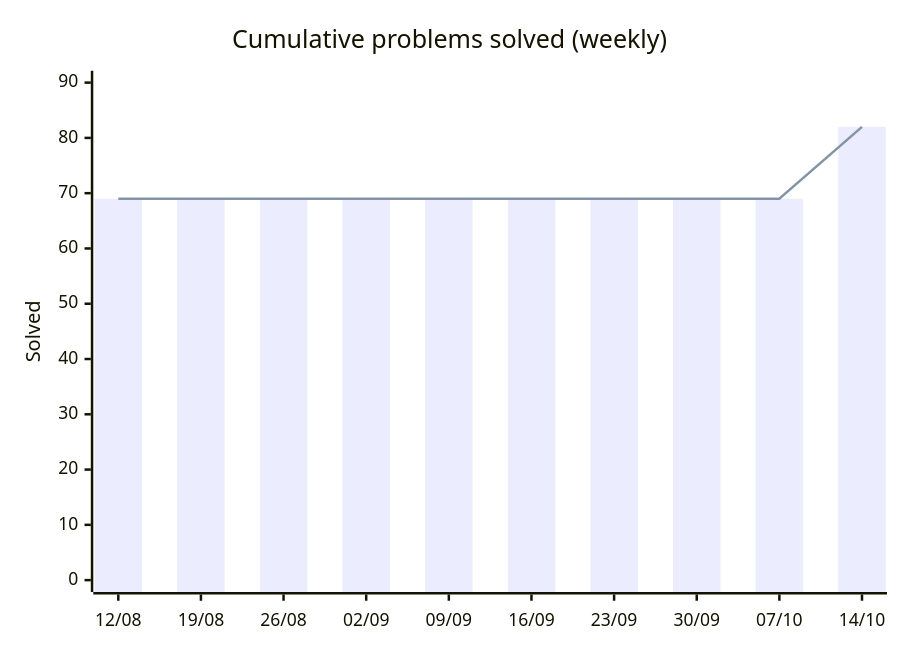
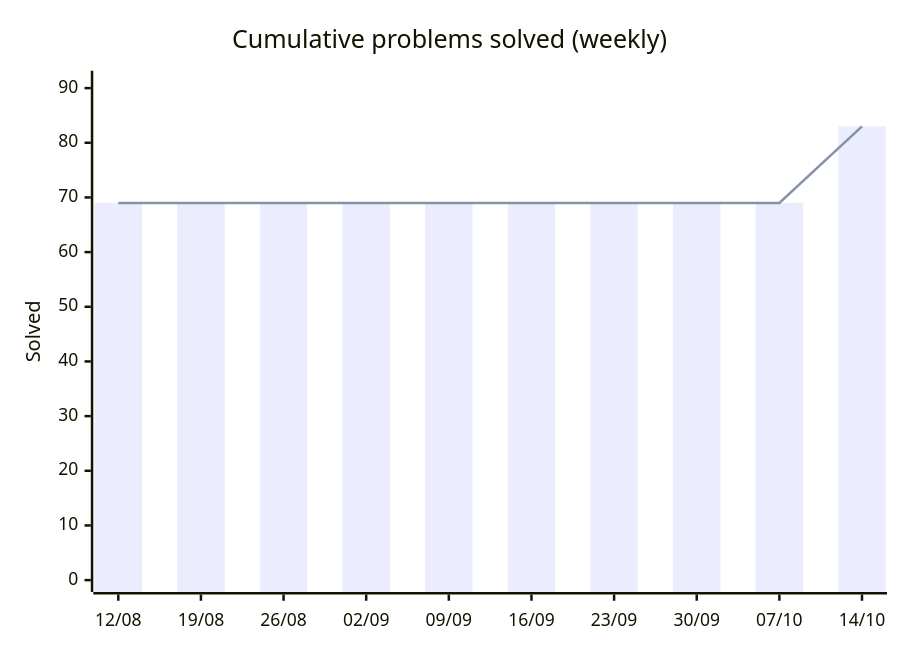
The first of 2 diagrams in README.md (HarryTrn/TensorTonic-Solutions), drawn with Mermaid before and after one commit. The commit also changed other lines of this file, not shown here.

````diff
--- a/README.md
+++ b/README.md
@@ -65,8 +65,8 @@
 ```mermaid
 xychart-beta
     title "Cumulative problems solved (weekly)"
     x-axis ["12/08", "19/08", "26/08", "02/09", "09/09", "16/09", "23/09", "30/09", "07/10", "14/10"]
-    y-axis "Solved" 0 --> 90
-    bar [69, 69, 69, 69, 69, 69, 69, 69, 69, 82]
-    line [69, 69, 69, 69, 69, 69, 69, 69, 69, 82]
+    y-axis "Solved" 0 --> 91
+    bar [69, 69, 69, 69, 69, 69, 69, 69, 69, 83]
+    line [69, 69, 69, 69, 69, 69, 69, 69, 69, 83]
 ```
````
